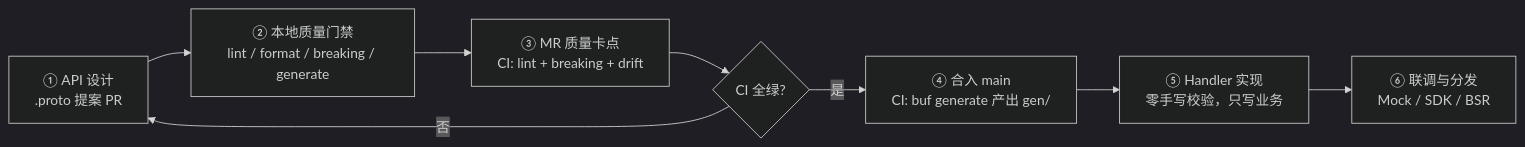
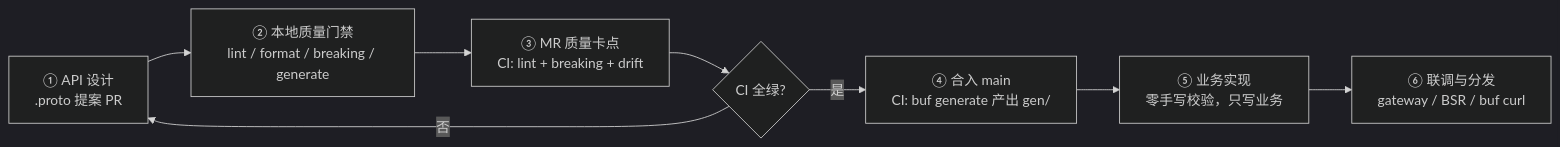
One commit to harmsworth/go-buf-api-template changed the diagram in docs/SCHEMA_FIRST_GUIDE.md. Above: the diagram before and after it, drawn with Mermaid (dark theme). The commit also changed other lines of this file and 5 other files, not shown here.

````diff
--- a/docs/SCHEMA_FIRST_GUIDE.md
+++ b/docs/SCHEMA_FIRST_GUIDE.md
@@ -70,10 +77,10 @@
 ```mermaid
 flowchart LR
     A["① API 设计<br/>.proto 提案 PR"] --> B["② 本地质量门禁<br/>lint / format / breaking / generate"]
     B --> C["③ MR 质量卡点<br/>CI: lint + breaking + drift"]
     C --> D{CI 全绿?}
     D -- 否 --> A
     D -- 是 --> E["④ 合入 main<br/>CI: buf generate 产出 gen/"]
-    E --> F["⑤ Handler 实现<br/>零手写校验，只写业务"]
-    F --> G["⑥ 联调与分发<br/>Mock / SDK / BSR"]
+    E --> F["⑤ 业务实现<br/>零手写校验，只写业务"]
+    F --> G["⑥ 联调与分发<br/>gateway / BSR / buf curl"]
 ```
````
